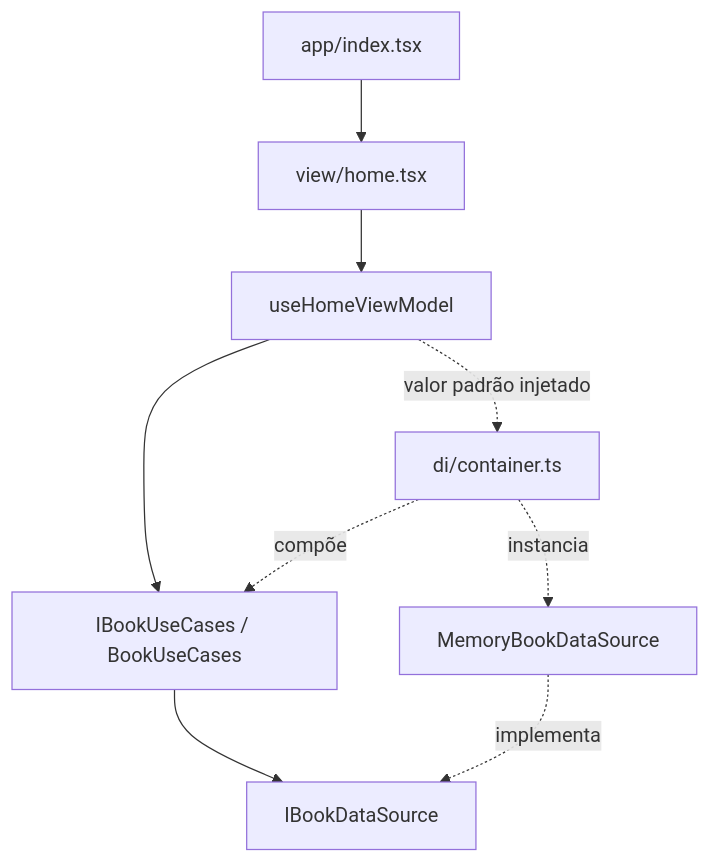
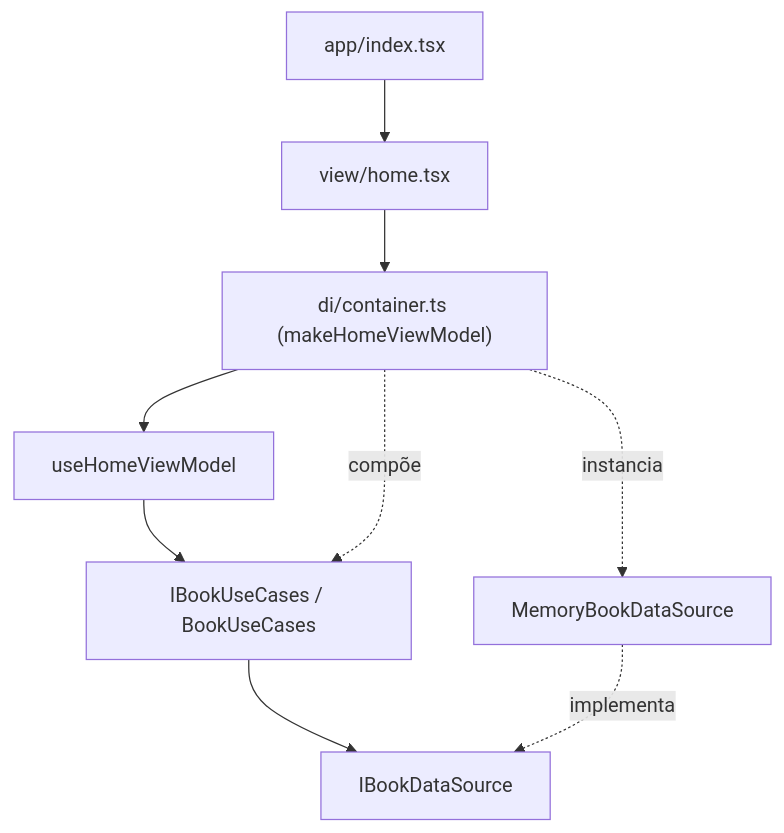
The diagram in docs/arquitetura.md (MICAELCARDOSOREIS/IPEBOOK_), drawn with Mermaid before and after one commit. The commit also changed other lines of this file and 9 other files, not shown here.

````diff
--- a/docs/arquitetura.md
+++ b/docs/arquitetura.md
@@ -29,11 +29,11 @@
 ```mermaid
 flowchart TD
     R["app/index.tsx"] --> V["view/home.tsx"]
-    V --> VM["useHomeViewModel"]
+    V --> DI["di/container.ts (makeHomeViewModel)"]
+    DI --> VM["useHomeViewModel"]
     VM --> UC["IBookUseCases / BookUseCases"]
     UC --> DS["IBookDataSource"]
     MEM["MemoryBookDataSource"] -. implementa .-> DS
-    DI["di/container.ts"] -. compõe .-> UC
+    DI -. compõe .-> UC
     DI -. instancia .-> MEM
-    VM -. valor padrão injetado .-> DI
 ```
````
